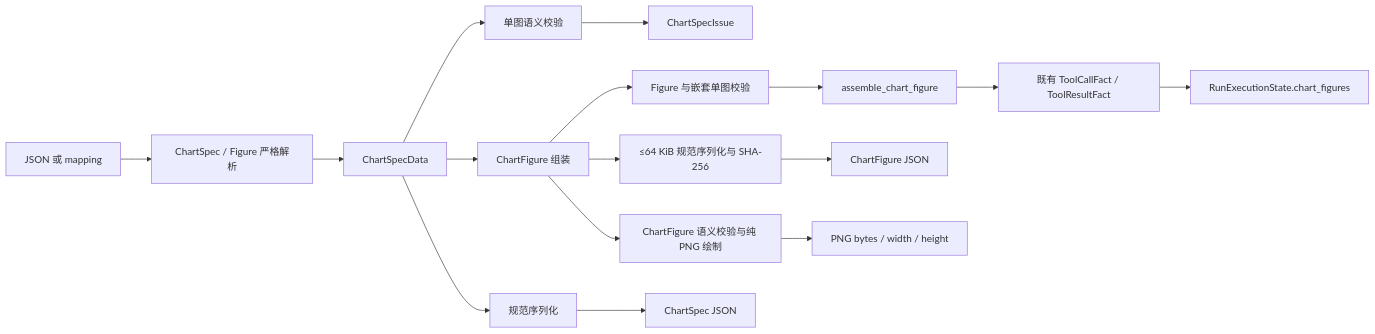
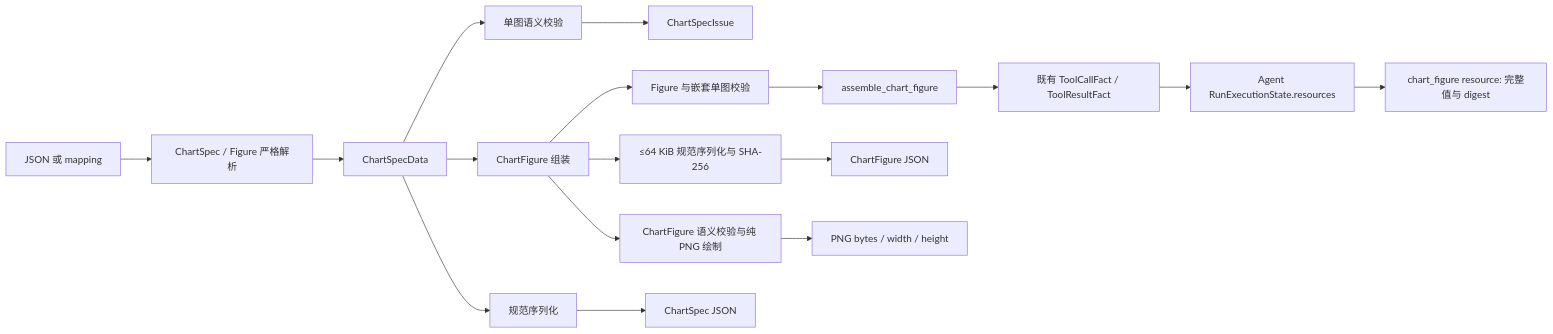
The diagram in docs/figura/charts.md (YeZibn/Figura), drawn with Mermaid before and after one commit. The commit also changed other lines of this file and 42 other files, not shown here.

Commit message:
refactor: 统一 RunExecutionState 为类型化资源目录并重构图像读取逻辑

````diff
--- a/docs/figura/charts.md
+++ b/docs/figura/charts.md
@@ -27,18 +27,19 @@
 ```mermaid
 flowchart LR
     Raw[JSON 或 mapping] --> Parse[ChartSpec / Figure 严格解析]
     Parse --> Data[ChartSpecData]
     Data --> Validate[单图语义校验]
     Validate --> Issues[ChartSpecIssue]
     Data --> Figure[ChartFigure 组装]
     Figure --> FigureCheck[Figure 与嵌套单图校验]
     FigureCheck --> Tool[assemble_chart_figure]
     Tool --> Runtime[既有 ToolCallFact / ToolResultFact]
-    Runtime --> Summary[RunExecutionState.chart_figures]
+    Runtime --> Catalog[Agent RunExecutionState.resources]
+    Catalog --> Summary[chart_figure resource: 完整值与 digest]
     Data --> Serialize[规范序列化]
     Figure --> FigureSerialize[≤64 KiB 规范序列化与 SHA-256]
     Serialize --> JSON[ChartSpec JSON]
     FigureSerialize --> FigureJSON[ChartFigure JSON]
     Figure --> Render[ChartFigure 语义校验与纯 PNG 绘制]
     Render --> PNG[PNG bytes / width / height]
 ```
````
